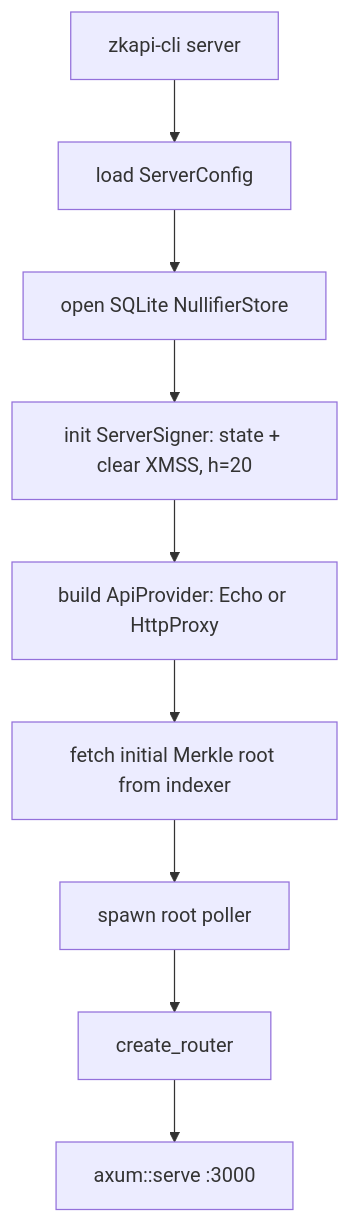
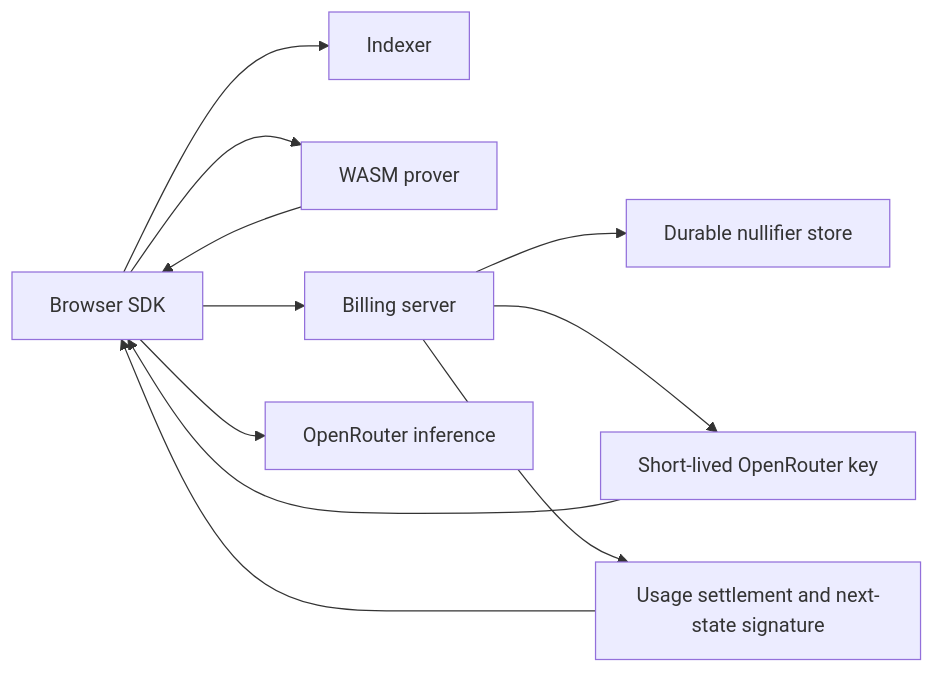
The diagram in docs-site/content/docs/architecture.mdx (Itshbhere/zkapi), drawn with Mermaid before and after one commit. The commit also changed other lines of this file and 1135 other files, not shown here.

````diff
--- a/docs-site/content/docs/architecture.mdx
+++ b/docs-site/content/docs/architecture.mdx
@@ -49,11 +27,13 @@
 ```mermaid
-flowchart TD
-  A[zkapi-cli server] --> B[load ServerConfig]
-  B --> C[open SQLite NullifierStore]
-  C --> D[init ServerSigner: state + clear XMSS, h=20]
-  D --> E[build ApiProvider: Echo or HttpProxy]
-  E --> F[fetch initial Merkle root from indexer]
-  F --> G[spawn root poller]
-  G --> H[create_router]
-  H --> I[axum::serve :3000]
+flowchart LR
+  B[Browser SDK] --> I[Indexer]
+  B --> P[WASM prover]
+  P --> B
+  B --> S[Billing server]
+  S --> N[Durable nullifier store]
+  S --> K[Short-lived OpenRouter key]
+  K --> B
+  B --> O[OpenRouter inference]
+  S --> U[Usage settlement and next-state signature]
+  U --> B
 ```
````
